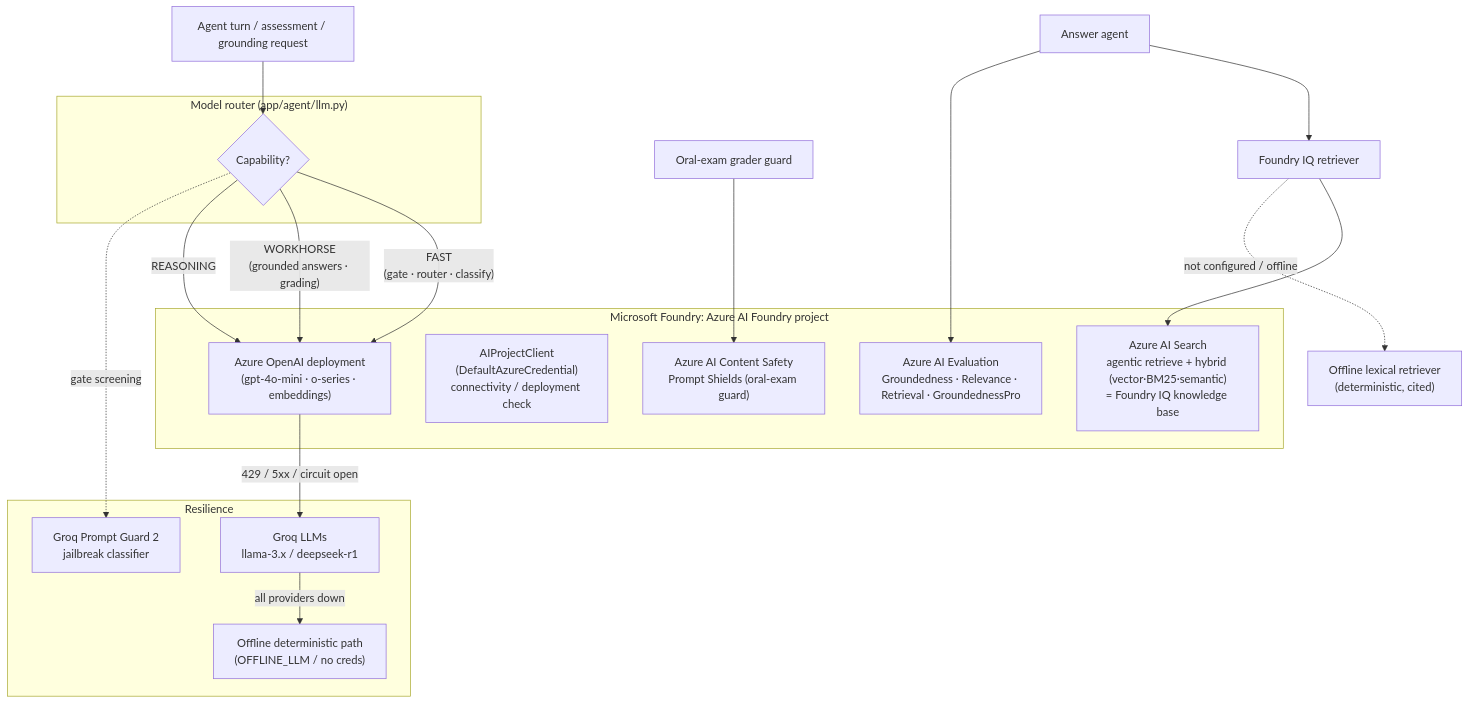
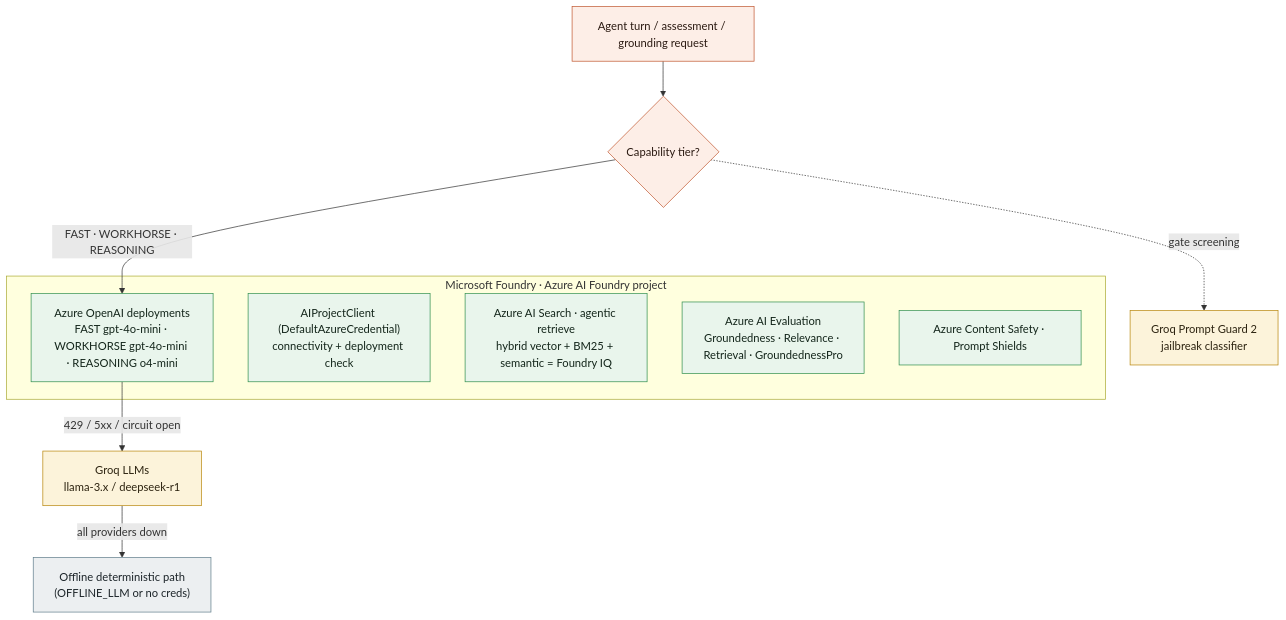
One commit to theCodeForgerHQ/msf-reasoning-agent changed the second of 11 diagrams in README.md. Above: the diagram before and after it, drawn with Mermaid. The commit also changed other lines of this file, not shown here.

Commit message:
docs: rebuild README with diagrams, demo video link, and team section

````diff
--- a/README.md
+++ b/README.md
@@ -104,38 +132,30 @@
 ```mermaid
 flowchart TD
-    REQ["Agent turn / assessment / grounding request"]
+    classDef router fill:#fdeee7,stroke:#c0562f,color:#2b1a12
+    classDef cloud fill:#e9f5ec,stroke:#2f8f4e,color:#13251a
+    classDef groq fill:#fcf3da,stroke:#b8860b,color:#2c2310
+    classDef off fill:#eceff1,stroke:#607d8b,color:#1c2429
 
-    subgraph Router["Model router (app/agent/llm.py)"]
-        CAP{"Capability?"}
-    end
+    REQ["Agent turn / assessment / grounding request"]:::router
+    CAP{"Capability tier?"}:::router
     REQ --> CAP
 
-    CAP -- "FAST<br/>(gate · router · classify)" --> T1
-    CAP -- "WORKHORSE<br/>(grounded answers · grading)" --> T1
-    CAP -- "REASONING" --> T1
-
-    subgraph Foundry["Microsoft Foundry: Azure AI Foundry project"]
-        T1["Azure OpenAI deployment<br/>(gpt-4o-mini · o-series · embeddings)"]
-        PROJ["AIProjectClient<br/>(DefaultAzureCredential)<br/>connectivity / deployment check"]
-        AISEARCH["Azure AI Search<br/>agentic retrieve + hybrid (vector·BM25·semantic)<br/>= Foundry IQ knowledge base"]
-        AIEVAL["Azure AI Evaluation<br/>Groundedness · Relevance · Retrieval · GroundednessPro"]
-        ACS["Azure AI Content Safety<br/>Prompt Shields (oral-exam guard)"]
+    subgraph FOUNDRY["Microsoft Foundry · Azure AI Foundry project"]
+        T1["Azure OpenAI deployments<br/>FAST gpt-4o-mini · WORKHORSE gpt-4o-mini · REASONING o4-mini"]
+        PROJ["AIProjectClient (DefaultAzureCredential)<br/>connectivity + deployment check"]
+        SRCH["Azure AI Search · agentic retrieve<br/>hybrid vector + BM25 + semantic = Foundry IQ"]
+        EVAL["Azure AI Evaluation<br/>Groundedness · Relevance · Retrieval · GroundednessPro"]
+        CS["Azure Content Safety · Prompt Shields"]
     end
 
-    subgraph Fallback["Resilience"]
-        G1["Groq LLMs<br/>llama-3.x / deepseek-r1"]
-        GUARD["Groq Prompt Guard 2<br/>jailbreak classifier"]
-        OFF["Offline deterministic path<br/>(OFFLINE_LLM / no creds)"]
-    end
+    GUARD["Groq Prompt Guard 2<br/>jailbreak classifier"]:::groq
+    G1["Groq LLMs<br/>llama-3.x / deepseek-r1"]:::groq
+    OFF["Offline deterministic path<br/>(OFFLINE_LLM or no creds)"]:::off
 
-    T1 -- "429 / 5xx / circuit open" --> G1
-    G1 -- "all providers down" --> OFF
-    CAP -. "gate screening" .-> GUARD
+    CAP -->|FAST · WORKHORSE · REASONING| T1
+    T1 -->|"429 / 5xx / circuit open"| G1
+    G1 -->|"all providers down"| OFF
+    CAP -.->|gate screening| GUARD
 
-    FOUNDRYIQ["Foundry IQ retriever"] --> AISEARCH
-    FOUNDRYIQ -. "not configured / offline" .-> LEX["Offline lexical retriever<br/>(deterministic, cited)"]
-
-    ANSWER["Answer agent"] --> FOUNDRYIQ
-    ANSWER --> AIEVAL
-    ASSESS["Oral-exam grader guard"] --> ACS
+    class T1,PROJ,SRCH,EVAL,CS cloud
 ```
````
